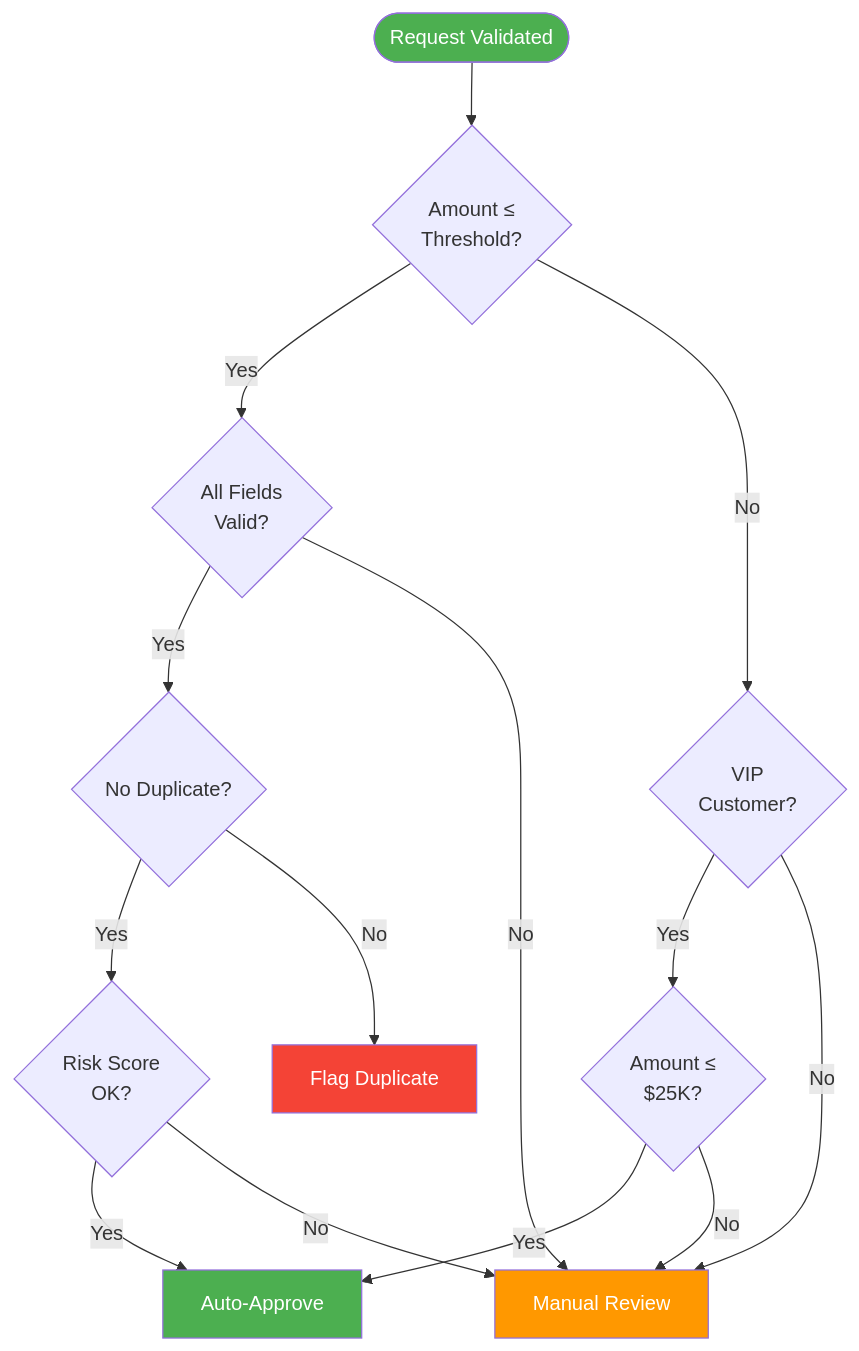
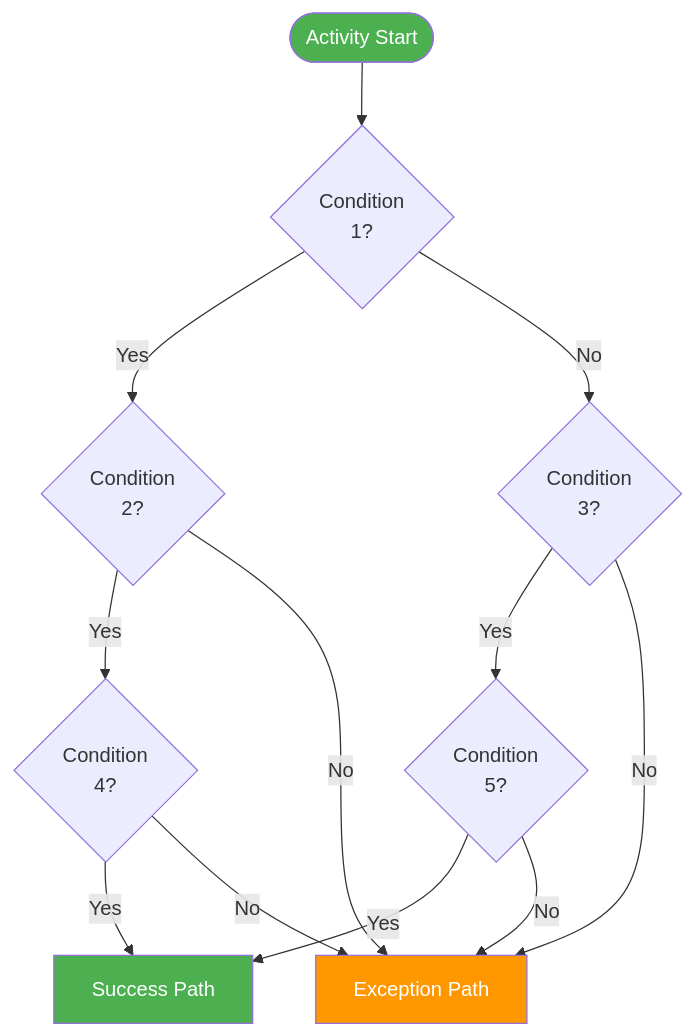
One commit to oat431/swe-knowledge changed the fifth of 5 diagrams in document-template/09_Systems_Architecture_and_Design/MBSE-Models.md. Above: the diagram before and after it, drawn with Mermaid. The commit also changed other lines of this file and 50 other files, not shown here.

````diff
--- a/document-template/09_Systems_Architecture_and_Design/MBSE-Models.md
+++ b/document-template/09_Systems_Architecture_and_Design/MBSE-Models.md
@@ -160,21 +155,18 @@
 ```mermaid
 flowchart TD
-    START([Request Validated]) --> AMT{Amount ≤<br>Threshold?}
-    AMT -->|Yes| FIELDS{All Fields<br>Valid?}
-    AMT -->|No| VIP{VIP<br>Customer?}
-    FIELDS -->|Yes| DUP{No Duplicate?}
-    FIELDS -->|No| MANUAL[Manual Review]
-    VIP -->|Yes| VIP_AMT{Amount ≤<br>$25K?}
-    VIP -->|No| MANUAL
-    VIP_AMT -->|Yes| APPROVE[Auto-Approve]
-    VIP_AMT -->|No| MANUAL
-    DUP -->|Yes| RISK{Risk Score<br>OK?}
-    DUP -->|No| FLAG[Flag Duplicate]
-    RISK -->|Yes| APPROVE
-    RISK -->|No| MANUAL
+    START([Activity Start]) --> C1{Condition<br>1?}
+    C1 -->|Yes| C2{Condition<br>2?}
+    C1 -->|No| C3{Condition<br>3?}
+    C2 -->|Yes| C4{Condition<br>4?}
+    C2 -->|No| MANUAL[Exception Path]
+    C3 -->|Yes| C5{Condition<br>5?}
+    C3 -->|No| MANUAL
+    C5 -->|Yes| APPROVE[Success Path]
+    C5 -->|No| MANUAL
+    C4 -->|Yes| APPROVE
+    C4 -->|No| MANUAL
 
     style START fill:#4CAF50,color:#fff
     style APPROVE fill:#4CAF50,color:#fff
     style MANUAL fill:#FF9800,color:#fff
-    style FLAG fill:#f44336,color:#fff
 ```
````
